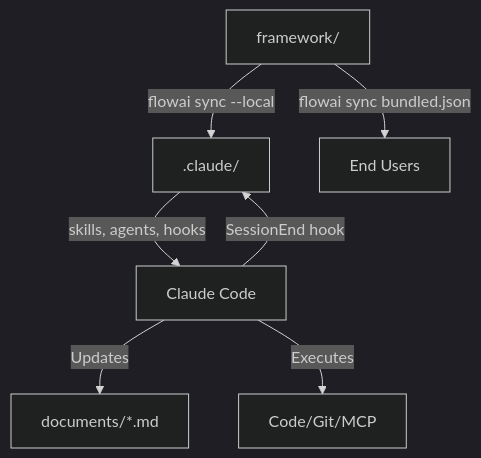
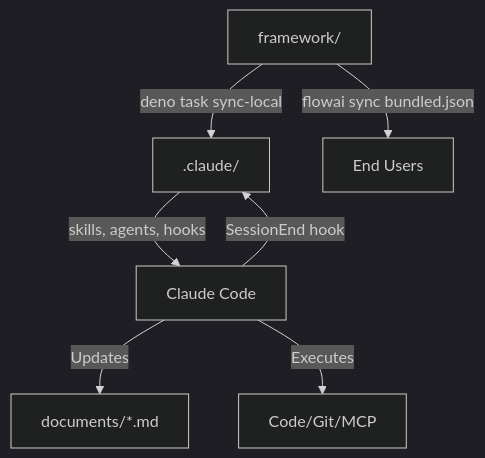
The first of 2 diagrams in documents/design.md (korchasa/flow), drawn with Mermaid (dark theme) before and after one commit. The commit also changed other lines of this file and 8 other files, not shown here.

First line of the commit message:
refactor(cli): extract local sync into standalone deno task

````diff
--- a/documents/design.md
+++ b/documents/design.md
@@ -13,9 +13,9 @@
   ```mermaid
   graph TD
-    Packs[framework/] -->|flowai sync --local| Claude[.claude/]
+    Packs[framework/] -->|deno task sync-local| Claude[.claude/]
     Packs -->|flowai sync bundled.json| Users[End Users]
     Claude -->|skills, agents, hooks| IDE[Claude Code]
     IDE -->|Updates| Docs[documents/*.md]
     IDE -->|Executes| Actions[Code/Git/MCP]
     IDE -->|SessionEnd hook| Claude
   ```
````
